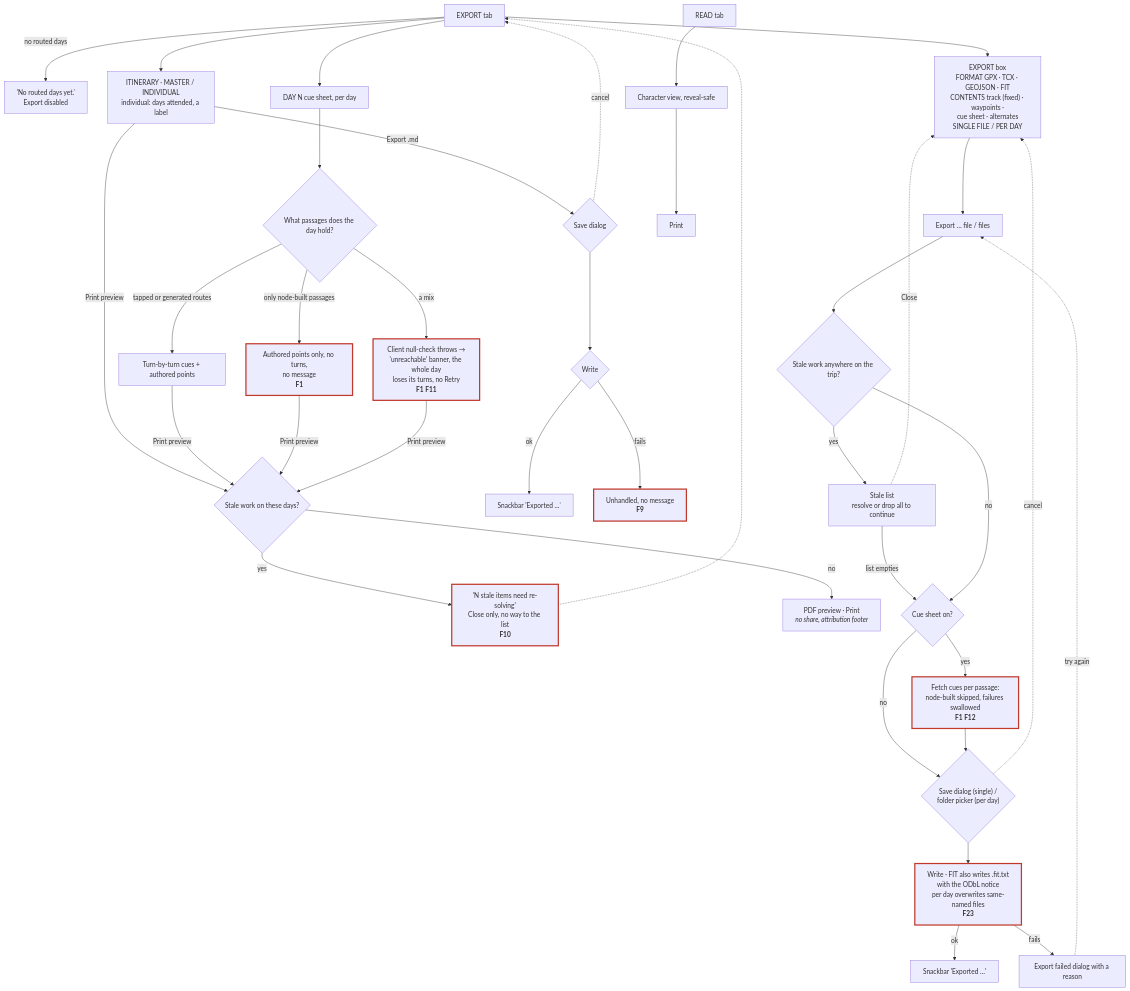
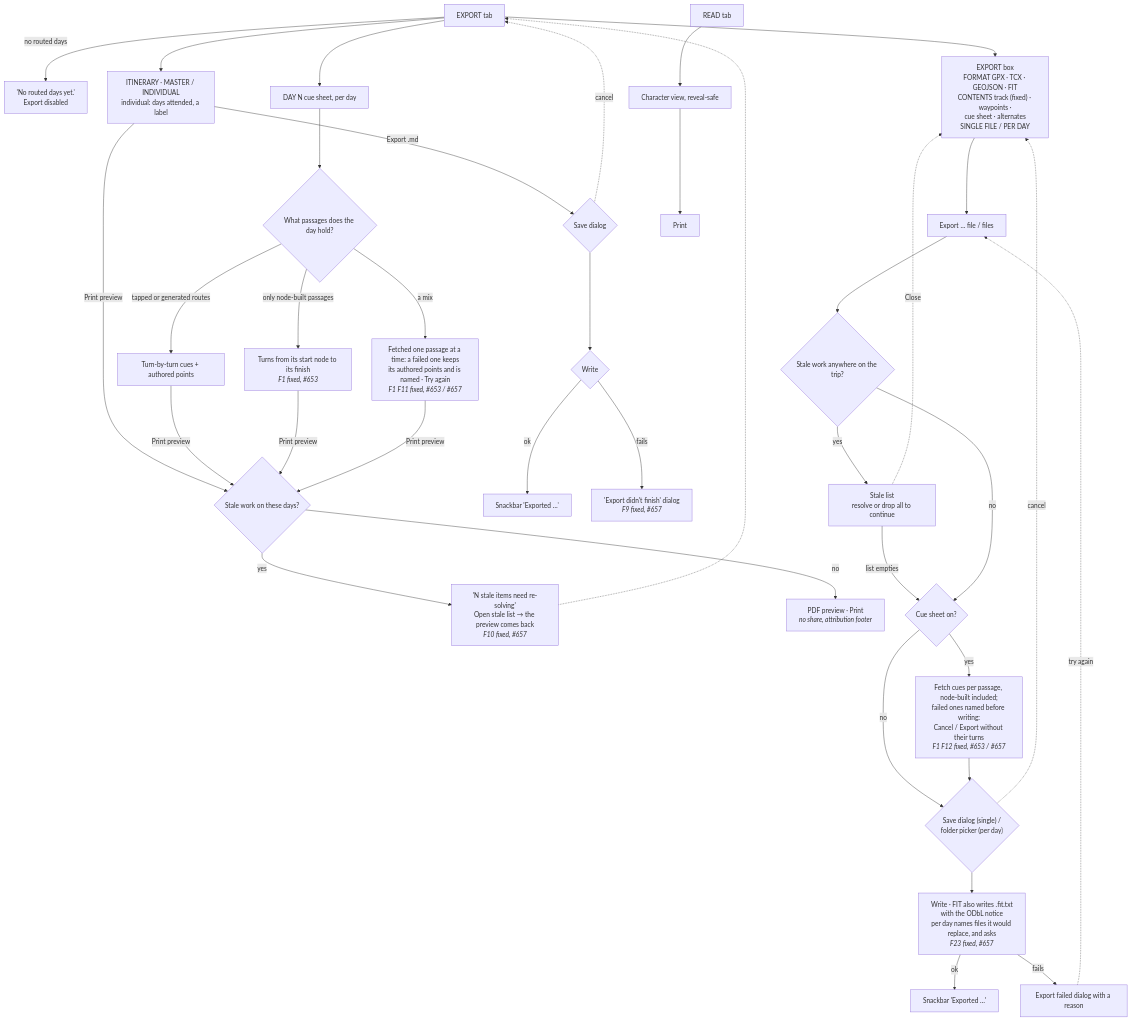
Before and after one commit to gnfrazier/plotlines: diagram 11 of 11 in docs/Plotlines_Author_Flow_E2E.md, drawn with Mermaid. The commit also changed other lines of this file, not shown here.

First line of the commit message:
Draw the fixed Author flow: all 24 findings struck, with their PRs (v1.2)

````diff
--- a/docs/Plotlines_Author_Flow_E2E.md
+++ b/docs/Plotlines_Author_Flow_E2E.md
@@ -367,40 +368,40 @@
 ```mermaid
 flowchart TD
     EX[EXPORT tab] -->|no routed days| NRD["'No routed days yet.'<br/>Export disabled"]
     EX --> IT["ITINERARY · MASTER / INDIVIDUAL<br/>individual: days attended, a label"]
     IT -->|Print preview| PG{Stale work on these days?}
-    PG -->|yes| PB["'N stale items need re-solving'<br/>Close only, no way to the list<br/><b>F10</b>"]:::finding
+    PG -->|yes| PB["'N stale items need re-solving'<br/>Open stale list → the preview comes back<br/><i>F10 fixed, #657</i>"]
     PB -.-> EX
     PG -->|no| PV["PDF preview · Print<br/><i>no share, attribution footer</i>"]
     IT -->|Export .md| SD{Save dialog}
     SD -.->|cancel| EX
     SD --> WR{Write}
     WR -->|ok| SN["Snackbar 'Exported …'"]
-    WR -->|fails| UH["Unhandled, no message<br/><b>F9</b>"]:::finding
+    WR -->|fails| UH["'Export didn't finish' dialog<br/><i>F9 fixed, #657</i>"]
     EX --> DC["DAY N cue sheet, per day"]
     DC --> CQ{What passages does the day hold?}
     CQ -->|tapped or generated routes| CU["Turn-by-turn cues + authored points"]
-    CQ -->|only node-built passages| CA["Authored points only, no turns,<br/>no message<br/><b>F1</b>"]:::finding
-    CQ -->|a mix| CM["Client null-check throws →<br/>'unreachable' banner, the whole day<br/>loses its turns, no Retry<br/><b>F1 F11</b>"]:::finding
+    CQ -->|only node-built passages| CA["Turns from its start node to its finish<br/><i>F1 fixed, #653</i>"]
+    CQ -->|a mix| CM["Fetched one passage at a time: a failed one keeps<br/>its authored points and is named · Try again<br/><i>F1 F11 fixed, #653 / #657</i>"]
     CU -->|Print preview| PG
     CA -->|Print preview| PG
     CM -->|Print preview| PG
     EX --> BOX["EXPORT box<br/>FORMAT GPX · TCX · GEOJSON · FIT<br/>CONTENTS track (fixed) · waypoints ·<br/>cue sheet · alternates<br/>SINGLE FILE / PER DAY"]
     BOX --> XB[Export … file / files]
     XB --> SG{Stale work anywhere on the trip?}
     SG -->|yes| SLD["Stale list<br/>resolve or drop all to continue"]
     SLD -.->|Close| BOX
     SLD -->|list empties| CF
     SG -->|no| CF{Cue sheet on?}
-    CF -->|yes| FC["Fetch cues per passage:<br/>node-built skipped, failures swallowed<br/><b>F1 F12</b>"]:::finding
+    CF -->|yes| FC["Fetch cues per passage, node-built included;<br/>failed ones named before writing:<br/>Cancel / Export without their turns<br/><i>F1 F12 fixed, #653 / #657</i>"]
     CF -->|no| PK
     FC --> PK{"Save dialog (single) /<br/>folder picker (per day)"}
     PK -.->|cancel| BOX
-    PK --> WF["Write · FIT also writes .fit.txt<br/>with the ODbL notice<br/>per day overwrites same-named files<br/><b>F23</b>"]:::finding
+    PK --> WF["Write · FIT also writes .fit.txt<br/>with the ODbL notice<br/>per day names files it would replace, and asks<br/><i>F23 fixed, #657</i>"]
     WF -->|ok| XS["Snackbar 'Exported …'"]
     WF -->|fails| XF["Export failed dialog with a reason"]
     XF -.->|try again| XB
     RD[READ tab] --> RV["Character view, reveal-safe"]
     RV --> RP["Print"]
     classDef finding stroke:#c0392b,stroke-width:3px
 ```
````
